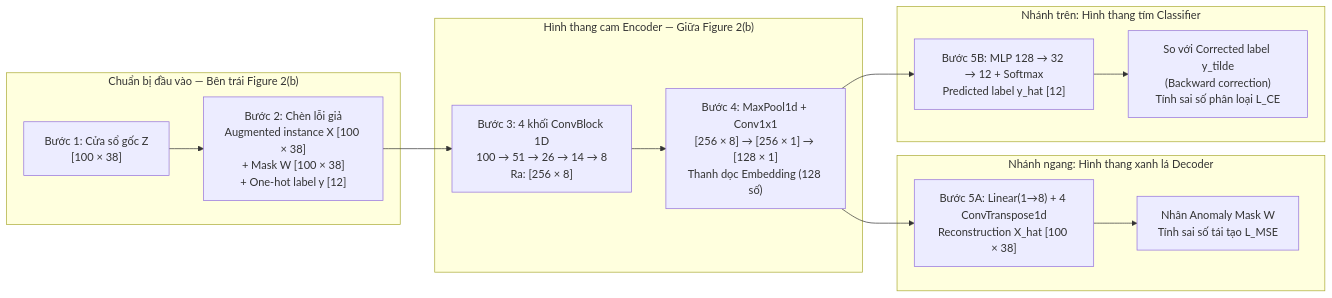
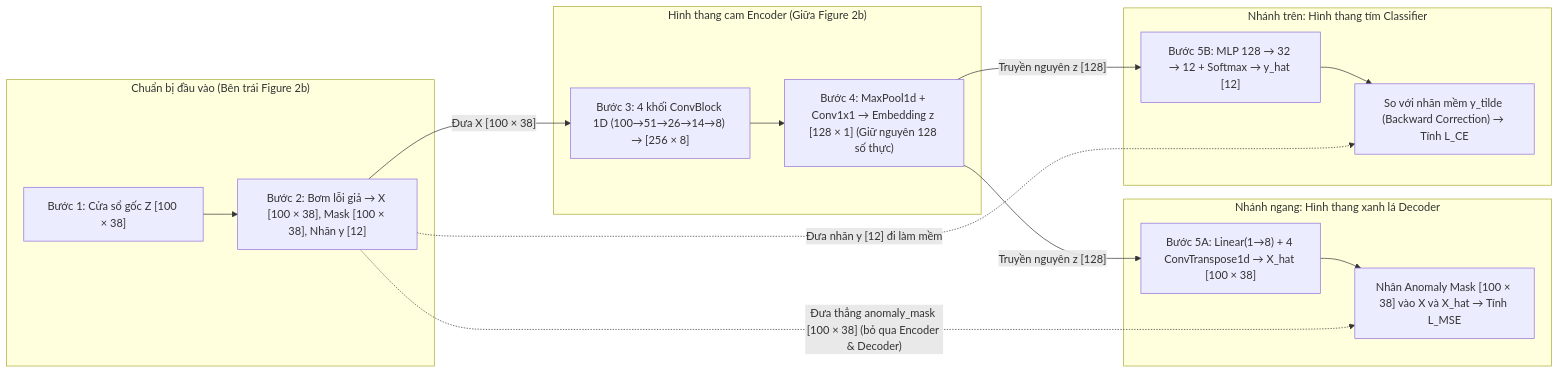
Before and after one commit to Truong-Hoang-Duy/RedLampPaper: the first of 2 diagrams in report/RedLamp_ConvAEC_StepByStep.md, drawn with Mermaid. The commit also changed other lines of this file and 2 other files, not shown here.

````diff
--- a/report/RedLamp_ConvAEC_StepByStep.md
+++ b/report/RedLamp_ConvAEC_StepByStep.md
@@ -38,22 +178,24 @@
 ```mermaid
 flowchart LR
-    subgraph PREP["Chuẩn bị đầu vào — Bên trái Figure 2(b)"]
-        A["Bước 1: Cửa sổ gốc Z<br/>[100 × 38]"] --> B["Bước 2: Chèn lỗi giả<br/>Augmented instance X [100 × 38]<br/>+ Mask W [100 × 38]<br/>+ One-hot label y [12]"]
+    subgraph PREP["Chuẩn bị đầu vào (Bên trái Figure 2b)"]
+        A["Bước 1: Cửa sổ gốc Z [100 × 38]"] --> B["Bước 2: Bơm lỗi giả → X [100 × 38], Mask [100 × 38], Nhãn y [12]"]
     end
 
-    subgraph ENC["Hình thang cam Encoder — Giữa Figure 2(b)"]
-        C["Bước 3: 4 khối ConvBlock 1D<br/>100 → 51 → 26 → 14 → 8<br/>Ra: [256 × 8]"] --> D["Bước 4: MaxPool1d + Conv1x1<br/>[256 × 8] → [256 × 1] → [128 × 1]<br/>Thanh dọc Embedding (128 số)"]
+    subgraph ENC["Hình thang cam Encoder (Giữa Figure 2b)"]
+        C["Bước 3: 4 khối ConvBlock 1D (100→51→26→14→8) → [256 × 8]"] --> D["Bước 4: MaxPool1d + Conv1x1 → Embedding z [128 × 1] (Giữ nguyên 128 số thực)"]
     end
 
     subgraph DEC["Nhánh ngang: Hình thang xanh lá Decoder"]
-        E["Bước 5A: Linear(1→8) + 4 ConvTranspose1d<br/>Reconstruction X_hat [100 × 38]"] --> F["Nhân Anomaly Mask W<br/>Tính sai số tái tạo L_MSE"]
+        E["Bước 5A: Linear(1→8) + 4 ConvTranspose1d → X_hat [100 × 38]"] --> F["Nhân Anomaly Mask [100 × 38] vào X và X_hat → Tính L_MSE"]
     end
 
     subgraph CLS["Nhánh trên: Hình thang tím Classifier"]
-        G["Bước 5B: MLP 128 → 32 → 12 + Softmax<br/>Predicted label y_hat [12]"] --> H["So với Corrected label y_tilde<br/>(Backward correction)<br/>Tính sai số phân loại L_CE"]
+        G["Bước 5B: MLP 128 → 32 → 12 + Softmax → y_hat [12]"] --> H["So với nhãn mềm y_tilde (Backward Correction) → Tính L_CE"]
     end
 
-    B --> C
-    D --> E
-    D --> G
+    B -- "Đưa X [100 × 38]" --> C
+    D -- "Truyền nguyên z [128]" --> E
+    D -- "Truyền nguyên z [128]" --> G
+    B -. "Đưa thẳng anomaly_mask [100 × 38] (bỏ qua Encoder & Decoder)" .-> F
+    B -. "Đưa nhãn y [12] đi làm mềm" .-> H
 ```
````
